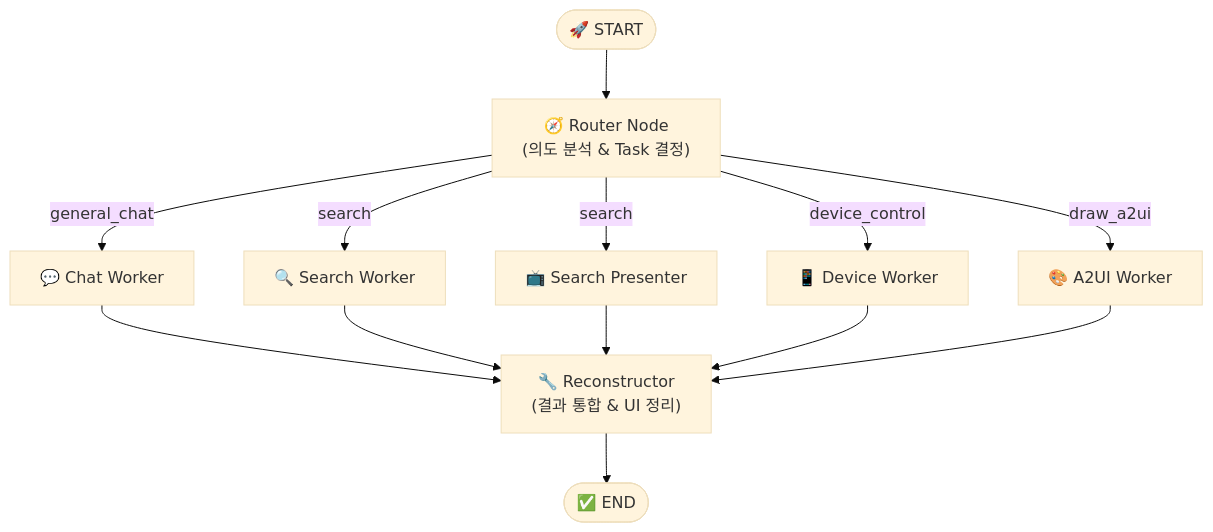
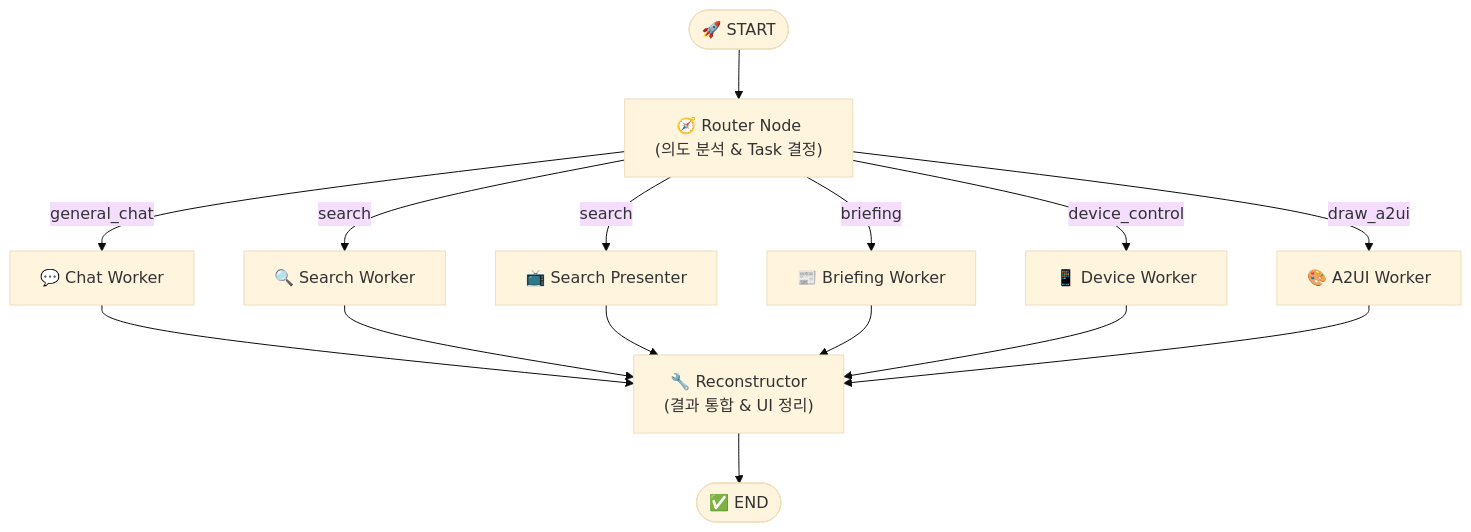
The first of 3 diagrams in README.md (shyunMin/tizen-home-agent), drawn with Mermaid (base theme) before and after one commit. The commit also changed other lines of this file and 3 other files, not shown here.

Commit message:
Add briefing worker node for HTML card news distribution

````diff
--- a/README.md
+++ b/README.md
@@ -18,18 +18,20 @@
 ```mermaid
 graph TD
     START([🚀 START]) --> router_node["🧭 Router Node\n(의도 분석 & Task 결정)"]
     
     router_node -->|general_chat| chat_worker["💬 Chat Worker"]
     router_node -->|search| search_worker["🔍 Search Worker"]
     router_node -->|search| search_presenter["📺 Search Presenter"]
+    router_node -->|briefing| briefing_worker["📰 Briefing Worker"]
     router_node -->|device_control| device_worker["📱 Device Worker"]
     router_node -->|draw_a2ui| a2ui_worker["🎨 A2UI Worker"]
     
     chat_worker --> reconstructor["🔧 Reconstructor\n(결과 통합 & UI 정리)"]
     search_worker --> reconstructor
     search_presenter --> reconstructor
+    briefing_worker --> reconstructor
     device_worker --> reconstructor
     a2ui_worker --> reconstructor
     
     reconstructor --> END([✅ END])
 ```
````
